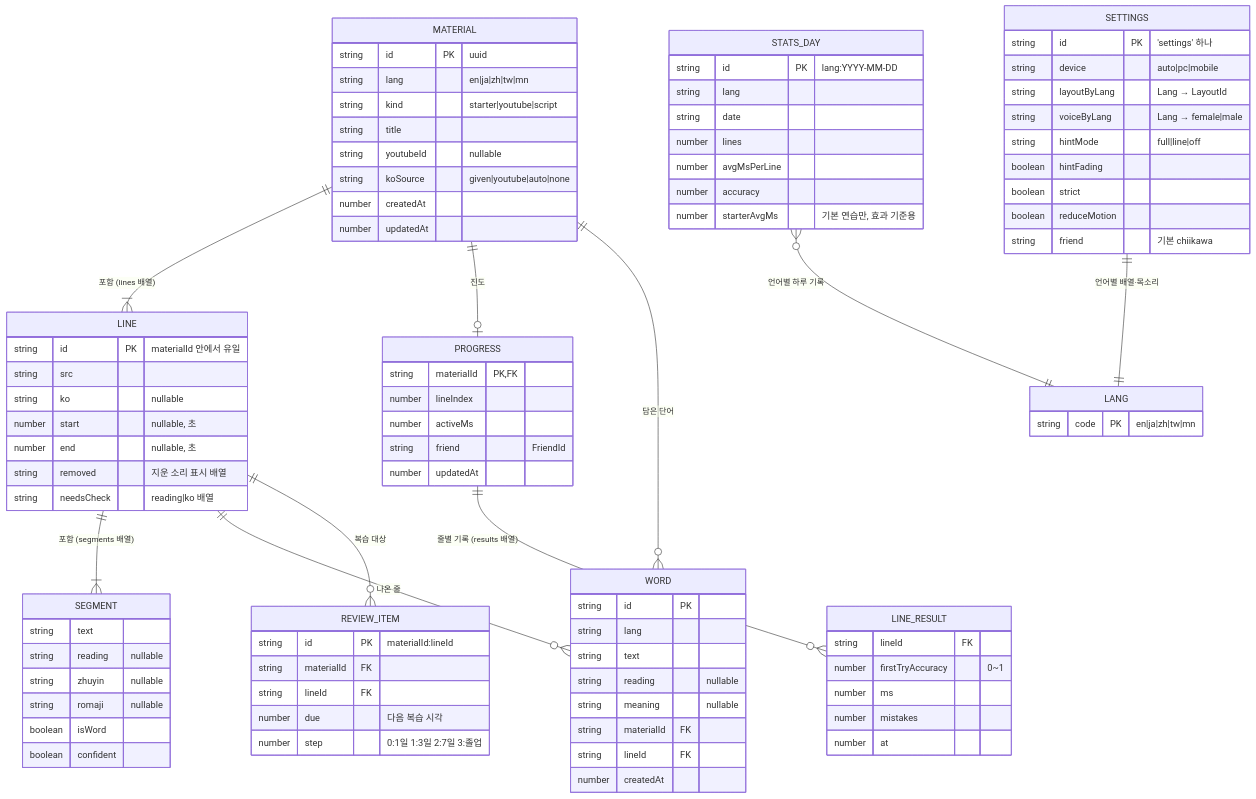
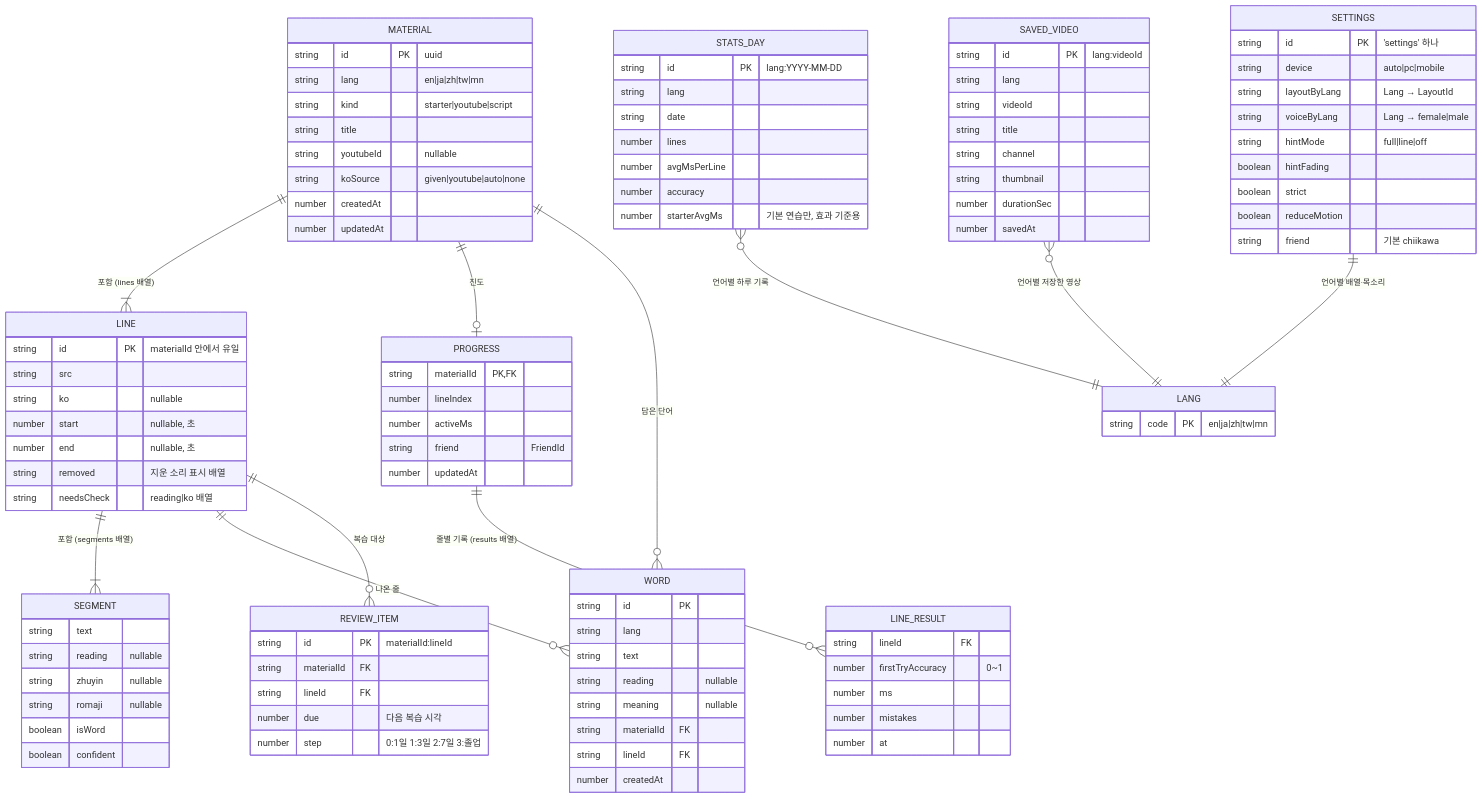
One commit to jinmiri-dev/chiikawa-language-typing changed the sixth of 8 diagrams in docs/아키텍처-API-ERD.md. Above: the diagram before and after it, drawn with Mermaid. The commit also changed other lines of this file and 5 other files, not shown here.

```diff
--- a/docs/아키텍처-API-ERD.md
+++ b/docs/아키텍처-API-ERD.md
@@ -277,6 +277,7 @@
   LINE ||--o{ WORD : "나온 줄"
   LINE ||--o{ REVIEW_ITEM : "복습 대상"
   STATS_DAY }o--|| LANG : "언어별 하루 기록"
+  SAVED_VIDEO }o--|| LANG : "언어별 저장한 영상"
   SETTINGS ||--|| LANG : "언어별 배열·목소리"
 
   MATERIAL {
@@ -357,6 +358,16 @@
     boolean reduceMotion
     string friend "기본 chiikawa"
   }
+  SAVED_VIDEO {
+    string id PK "lang:videoId"
+    string lang
+    string videoId
+    string title
+    string channel
+    string thumbnail
+    number durationSec
+    number savedAt
+  }
   LANG {
     string code PK "en|ja|zh|tw|mn"
   }
```
